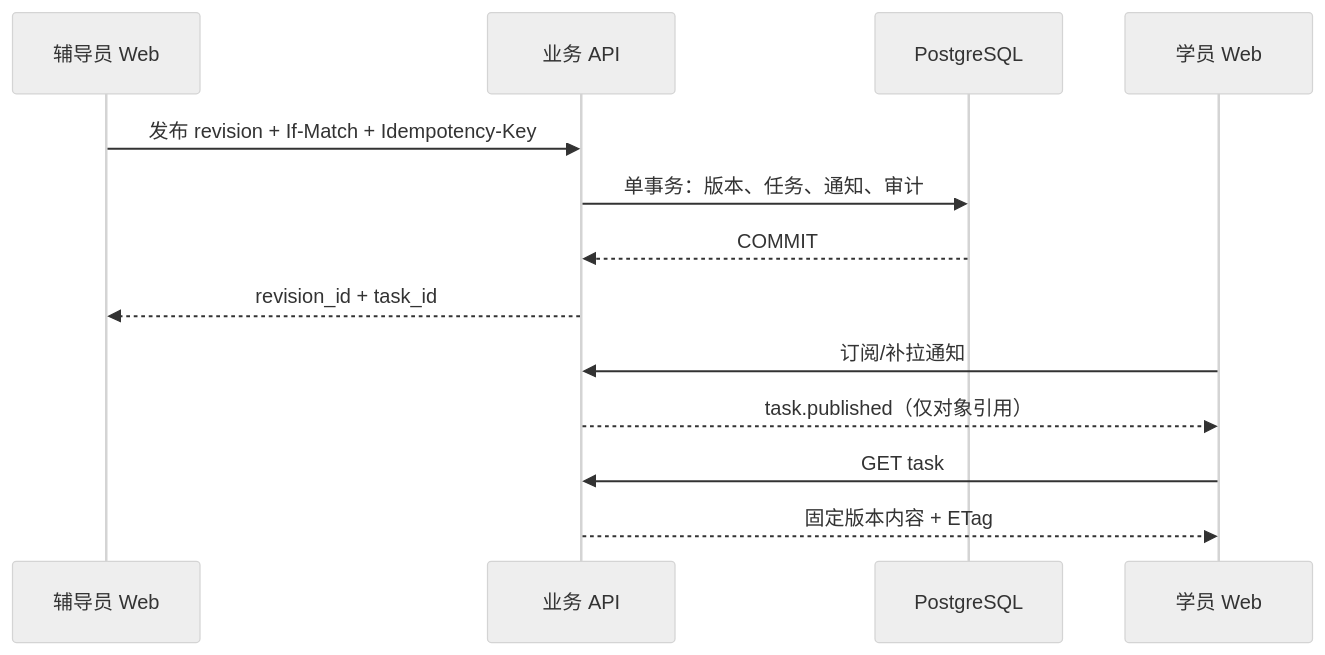
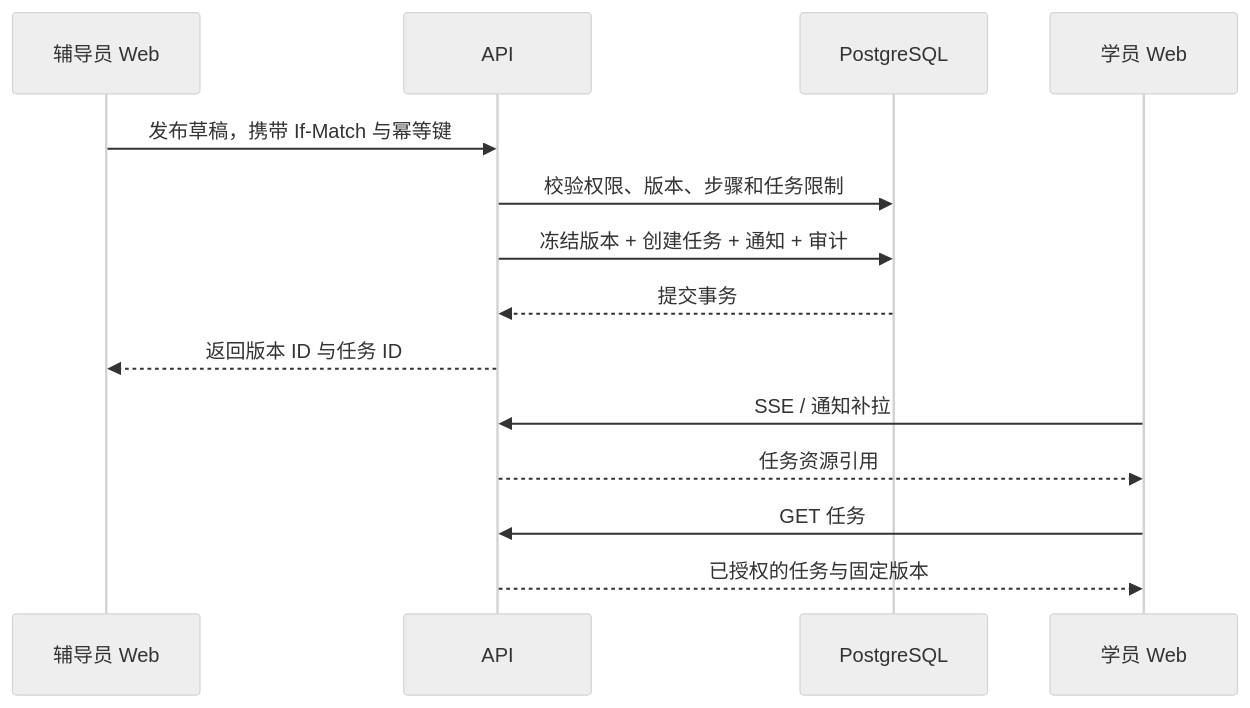
The fourth of 4 diagrams in docs/proposals/architecture-v0.1/architecture.md (job-lens/job-lens), drawn with Mermaid (neutral theme) before and after one commit. The commit also changed other lines of this file, not shown here.

Commit message:
docs(architecture): remove boilerplate and consolidate system design

````diff
--- a/docs/proposals/architecture-v0.1/architecture.md
+++ b/docs/proposals/architecture-v0.1/architecture.md
@@ -294,15 +191,16 @@
 ```mermaid
 sequenceDiagram
   participant C as 辅导员 Web
-  participant A as 业务 API
+  participant A as API
   participant D as PostgreSQL
   participant L as 学员 Web
-  C->>A: 发布 revision + If-Match + Idempotency-Key
-  A->>D: 单事务：版本、任务、通知、审计
-  D-->>A: COMMIT
-  A-->>C: revision_id + task_id
-  L->>A: 订阅/补拉通知
-  A-->>L: task.published（仅对象引用）
-  L->>A: GET task
-  A-->>L: 固定版本内容 + ETag
+  C->>A: 发布草稿，携带 If-Match 与幂等键
+  A->>D: 校验权限、版本、步骤和任务限制
+  A->>D: 冻结版本 + 创建任务 + 通知 + 审计
+  D-->>A: 提交事务
+  A-->>C: 返回版本 ID 与任务 ID
+  L->>A: SSE / 通知补拉
+  A-->>L: 任务资源引用
+  L->>A: GET 任务
+  A-->>L: 已授权的任务与固定版本
 ```
````
